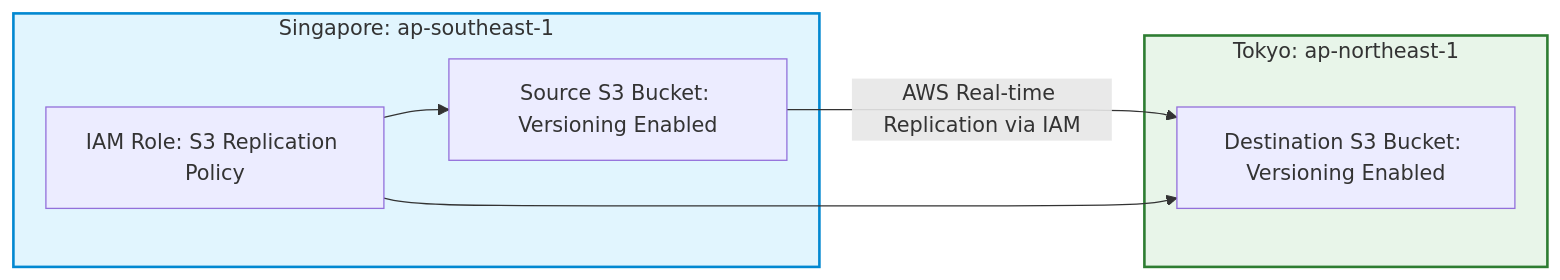
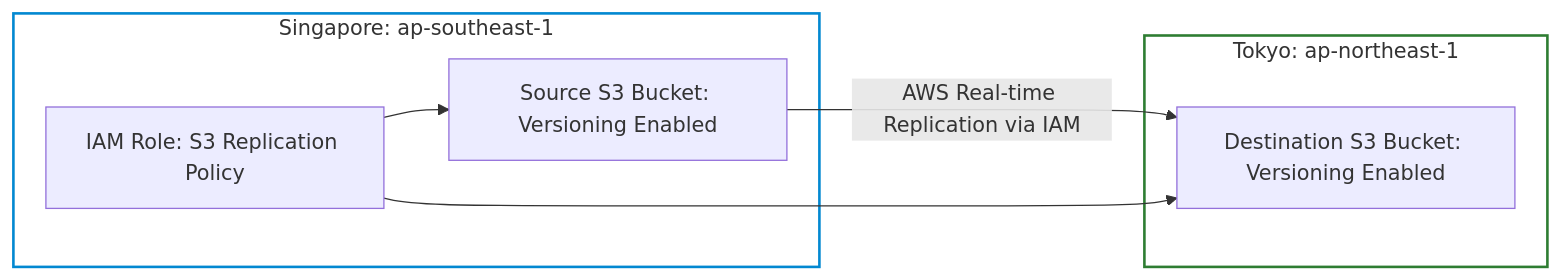
One commit to kiennt308/ntk changed the fourth of 5 diagrams in _posts/2026-09-13-terraform-18-18-provider-alias-multi-region-va-multi-account-enterprise-architecture.md. Above: the diagram before and after it, drawn with Mermaid. The commit also changed other lines of this file and 207 other files, not shown here.

Commit message:
feat(posts): batch standardize all 208 posts with TL;DR, qa-card accordion, fill:none mermaid, and liquid raw wrappers

````diff
--- a/_posts/2026-09-13-terraform-18-18-provider-alias-multi-region-va-multi-account-enterprise-architecture.md
+++ b/_posts/2026-09-13-terraform-18-18-provider-alias-multi-region-va-multi-account-enterprise-architecture.md
@@ -273,20 +277,20 @@
 ```mermaid
 graph LR
     subgraph Singapore_Region ["Singapore: ap-southeast-1"]
         S_BUCKET["Source S3 Bucket: Versioning Enabled"]
         IAM["IAM Role: S3 Replication Policy"]
     end
 
     subgraph Tokyo_Region ["Tokyo: ap-northeast-1"]
         D_BUCKET["Destination S3 Bucket: Versioning Enabled"]
     end
 
     S_BUCKET -->|AWS Real-time Replication via IAM| D_BUCKET
     IAM --> S_BUCKET
     IAM --> D_BUCKET
 
-    style Singapore_Region fill:#e1f5fe,stroke:#0288d1,stroke-width:2px
-    style Tokyo_Region fill:#e8f5e9,stroke:#2e7d32,stroke-width:2px
+    style Singapore_Region fill:none,stroke:#0288d1,stroke-width:2px
+    style Tokyo_Region fill:none,stroke:#2e7d32,stroke-width:2px
 
 
 ```
````
